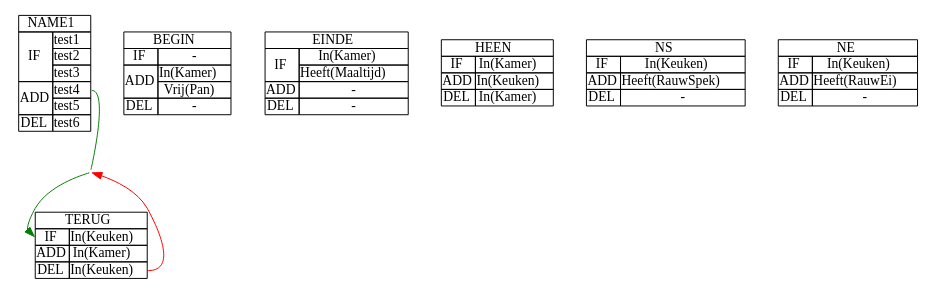
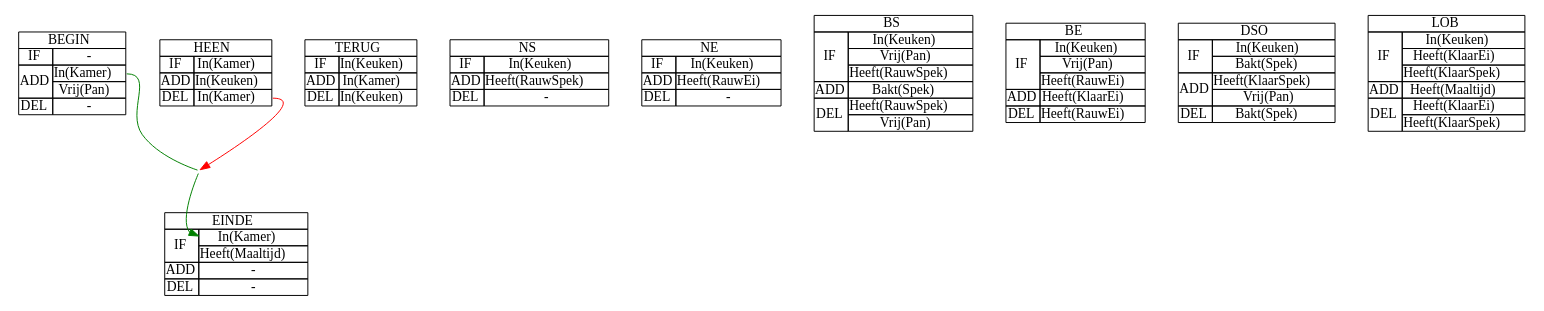
The diagram in resources/graphs/strips_1.dot (NorfairKing/ai_alternative-exam), drawn with Graphviz before and after one commit. The commit also changed 1 other file, not shown here.

Commit message:
klaar met operators van graaf 1 van STRIPS

```diff
--- a/resources/graphs/strips_1.dot
+++ b/resources/graphs/strips_1.dot
@@ -1,35 +1,5 @@
 digraph structs {
  node [shape=plaintext];
- example [label=
-< <TABLE BORDER="0" CELLBORDER="1" CELLSPACING="0" CELLPADDING="0">
-    <tr>
-        <td colspan="2">NAME1</td>
-    </tr>
-    <tr>
-        <td rowspan="3">IF</td>
-        <td>test1</td>
-    </tr>
-    <tr>
-        <td PORT="if">test2</td>
-    </tr>
-    <tr>
-        <td>test3</td>
-    </tr>
-    <tr>
-        <td rowspan="2">ADD</td>
-        <td PORT="add">test4</td>
-    </tr>
-    <tr>
-        <td>test5</td>
-    </tr>
-    <tr>
-        <td>DEL</td>
-        <td PORT="del">test6</td>
-    </tr>
-</TABLE>>]; 
-    
-
-
 i [label=
 < <table border="0" cellborder="1" cellspacing="0" cellpadding="0">
     <tr>
@@ -59,15 +29,15 @@
         <td port="name" colspan="2">EINDE</td>
     </tr>
     <tr>
-        <td port="add_0" rowspan="2">IF</td>
-        <td port="add_1">In(Kamer)</td>
+        <td port="if_0" rowspan="2">IF</td>
+        <td port="if_1">In(Kamer)</td>
     </tr>
     <tr>
-        <td port="add_2">Heeft(Maaltijd)</td>
+        <td port="if_2">Heeft(Maaltijd)</td>
     </tr>
     <tr>
-        <td port="if_0">ADD</td>
-        <td port="if_1">-</td>
+        <td port="add_0">ADD</td>
+        <td port="add_1">-</td>
     </tr>
     <tr>
         <td port="del_0">DEL</td>
@@ -152,17 +122,119 @@
     </tr>
 </table>>]; 
 
+bs [label=
+< <table border="0" cellborder="1" cellspacing="0" cellpadding="0">
+    <tr>
+        <td port="name" colspan="2">BS</td>
+    </tr>
+    <tr>
+        <td port="if_0" rowspan="3">IF</td>
+        <td port="if_1">In(Keuken)</td>
+    </tr>
+    <tr>
+        <td port="if_2">Vrij(Pan)</td>
+    </tr>
+    <tr>
+        <td port="if_3">Heeft(RauwSpek)</td>
+    </tr>
+    <tr>
+        <td port="add_0">ADD</td>
+        <td port="add_1">Bakt(Spek)</td>
+    </tr>
+    <tr>
+        <td port="del_0" rowspan="2">DEL</td>
+        <td port="del_1">Heeft(RauwSpek)</td>
+    </tr>
+    <tr>
+        <td port="del_2">Vrij(Pan)</td>
+    </tr>
+</table>>]; 
 
+be [label=
+< <table border="0" cellborder="1" cellspacing="0" cellpadding="0">
+    <tr>
+        <td port="name" colspan="2">BE</td>
+    </tr>
+    <tr>
+        <td port="if_0" rowspan="3">IF</td>
+        <td port="if_1">In(Keuken)</td>
+    </tr>
+    <tr>
+        <td port="if_2">Vrij(Pan)</td>
+    </tr>
+    <tr>
+        <td port="if_3">Heeft(RauwEi)</td>
+    </tr>
+    <tr>
+        <td port="add_0">ADD</td>
+        <td port="add_1">Heeft(KlaarEi)</td>
+    </tr>
+    <tr>
+        <td port="del_0">DEL</td>
+        <td port="del_1">Heeft(RauwEi)</td>
+    </tr>
+</table>>]; 
 
+dso [label=
+< <table border="0" cellborder="1" cellspacing="0" cellpadding="0">
+    <tr>
+        <td port="name" colspan="2">DSO</td>
+    </tr>
+    <tr>
+        <td port="if_0" rowspan="2">IF</td>
+        <td port="if_1">In(Keuken)</td>
+    </tr>
+    <tr>
+        <td port="if_2">Bakt(Spek)</td>
+    </tr>
+    <tr>
+        <td port="add_0" rowspan="2">ADD</td>
+        <td port="add_1">Heeft(KlaarSpek)</td>
+    </tr>
+    <tr>
+        <td port="add_2">Vrij(Pan)</td>
+    </tr>
+    <tr>
+        <td port="del_0">DEL</td>
+        <td port="del_1">Bakt(Spek)</td>
+    </tr>
+</table>>]; 
 
+lob [label=
+< <table border="0" cellborder="1" cellspacing="0" cellpadding="0">
+    <tr>
+        <td port="name" colspan="2">LOB</td>
+    </tr>
+    <tr>
+        <td port="if_0" rowspan="3">IF</td>
+        <td port="if_1">In(Keuken)</td>
+    </tr>
+    <tr>
+        <td port="if_2">Heeft(KlaarEi)</td>
+    </tr>
+    <tr>
+        <td port="if_3">Heeft(KlaarSpek)</td>
+    </tr>
+    <tr>
+        <td port="add_0">ADD</td>
+        <td port="add_1">Heeft(Maaltijd)</td>
+    </tr>
+    <tr>
+        <td port="del_0" rowspan="2">DEL</td>
+        <td port="del_1">Heeft(KlaarEi)</td>
+    </tr>
+    <tr>
+        <td port="del_2">Heeft(KlaarSpek)</td>
+    </tr>
+</table>>]; 
 
 
 
  between[style=invis,shape=point];
  
- example:add:e -> between[arrowhead=none, color=green];
- between -> t:if_0:w[color = green];
+ i:add_1:e -> between[arrowhead=none, color=green];
+ between -> f:if_1:w[color = green];
 
- t:del_1:e -> between[color=red];
+ h:del_1:e -> between[color=red];
 
 }
```
